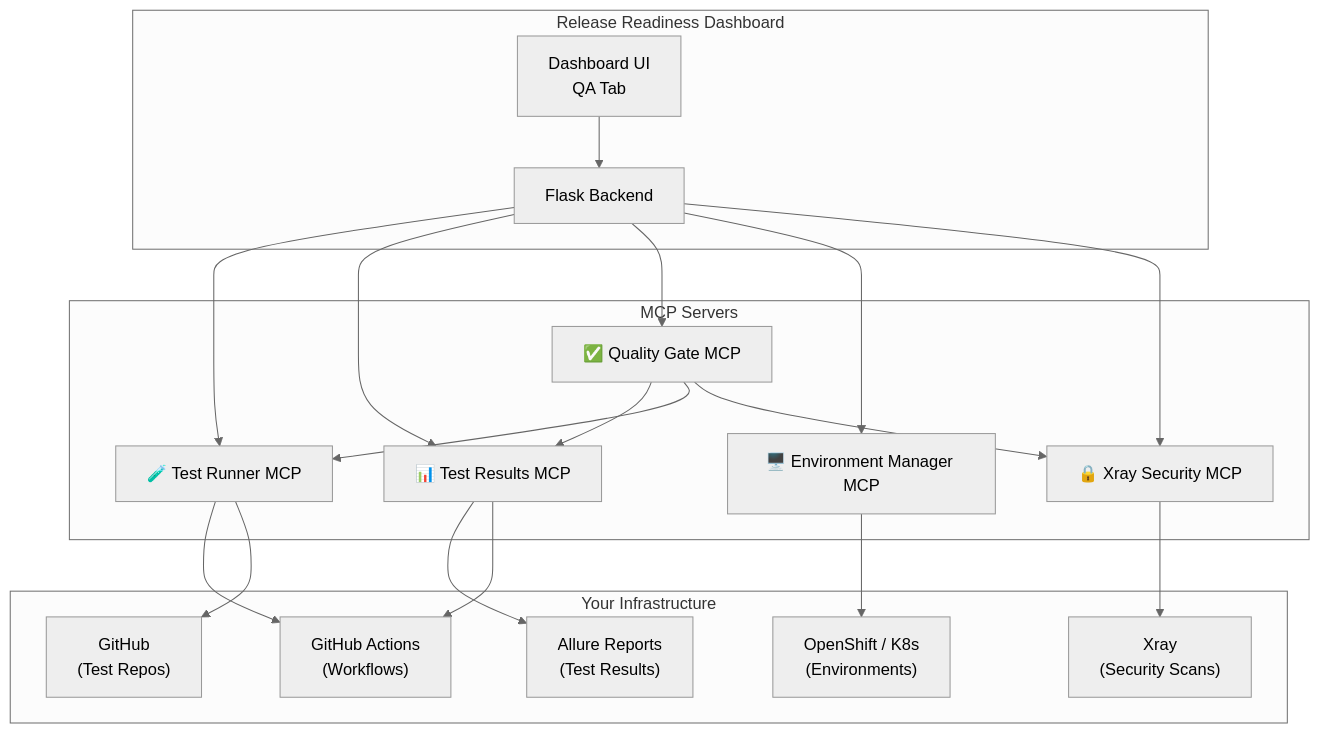
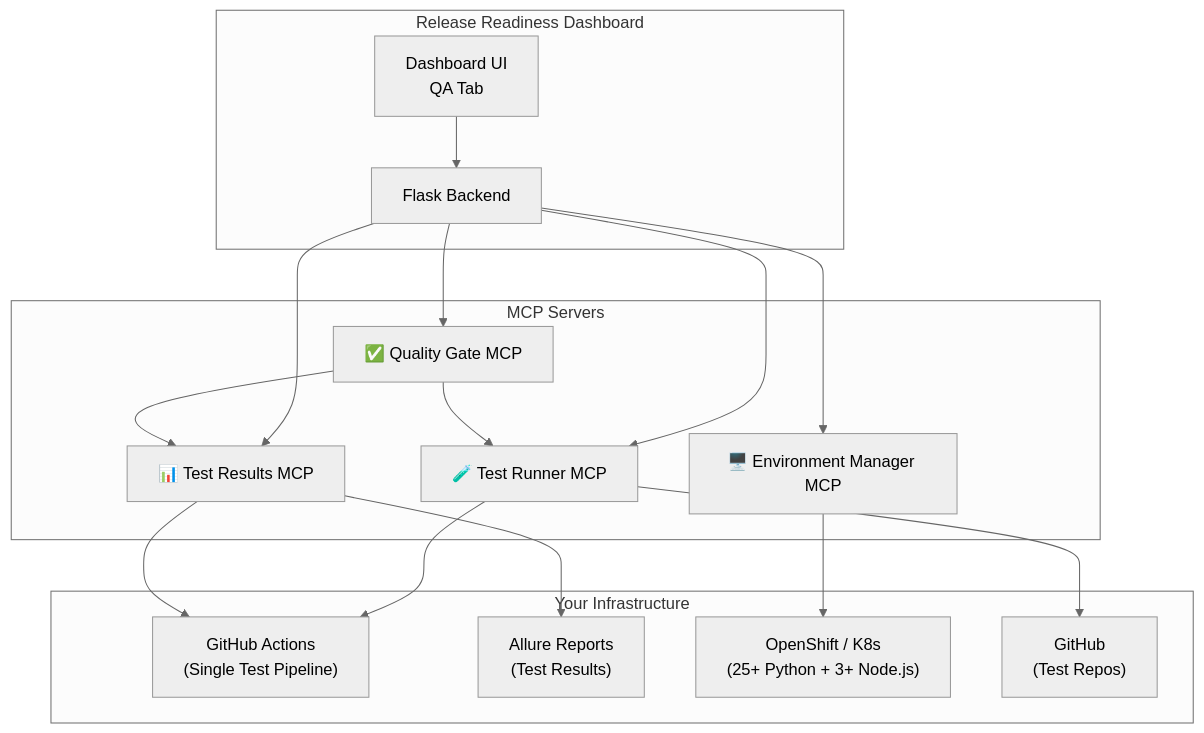
One commit to frnx82/release_readiness changed the first of 3 diagrams in docs/QA-AUTOMATION-MCP-DESIGN.md. Above: the diagram before and after it, drawn with Mermaid (neutral theme). The commit also changed other lines of this file and 1 other file, not shown here.

Commit message:
adding test confluence

````diff
--- a/docs/QA-AUTOMATION-MCP-DESIGN.md
+++ b/docs/QA-AUTOMATION-MCP-DESIGN.md
@@ -18,40 +21,35 @@
 ```mermaid
 graph TB
     subgraph "Release Readiness Dashboard"
         UI["Dashboard UI<br/>QA Tab"]
         API["Flask Backend"]
     end
 
     subgraph "MCP Servers"
         TR["🧪 Test Runner MCP"]
         TRes["📊 Test Results MCP"]
         QG["✅ Quality Gate MCP"]
         ENV["🖥️ Environment Manager MCP"]
-        XR["🔒 Xray Security MCP"]
     end
 
     subgraph "Your Infrastructure"
-        GHA["GitHub Actions<br/>(Workflows)"]
+        GHA["GitHub Actions<br/>(Single Test Pipeline)"]
         Allure["Allure Reports<br/>(Test Results)"]
-        K8s["OpenShift / K8s<br/>(Environments)"]
+        K8s["OpenShift / K8s<br/>(25+ Python + 3+ Node.js)"]
         GitHub["GitHub<br/>(Test Repos)"]
-        Xray["Xray<br/>(Security Scans)"]
     end
 
     UI --> API
     API --> TR
     API --> TRes
     API --> QG
     API --> ENV
-    API --> XR
 
     TR --> GHA
     TR --> GitHub
     TRes --> Allure
     TRes --> GHA
     QG --> TRes
     QG --> TR
-    QG --> XR
     ENV --> K8s
-    XR --> Xray
 ```
````
